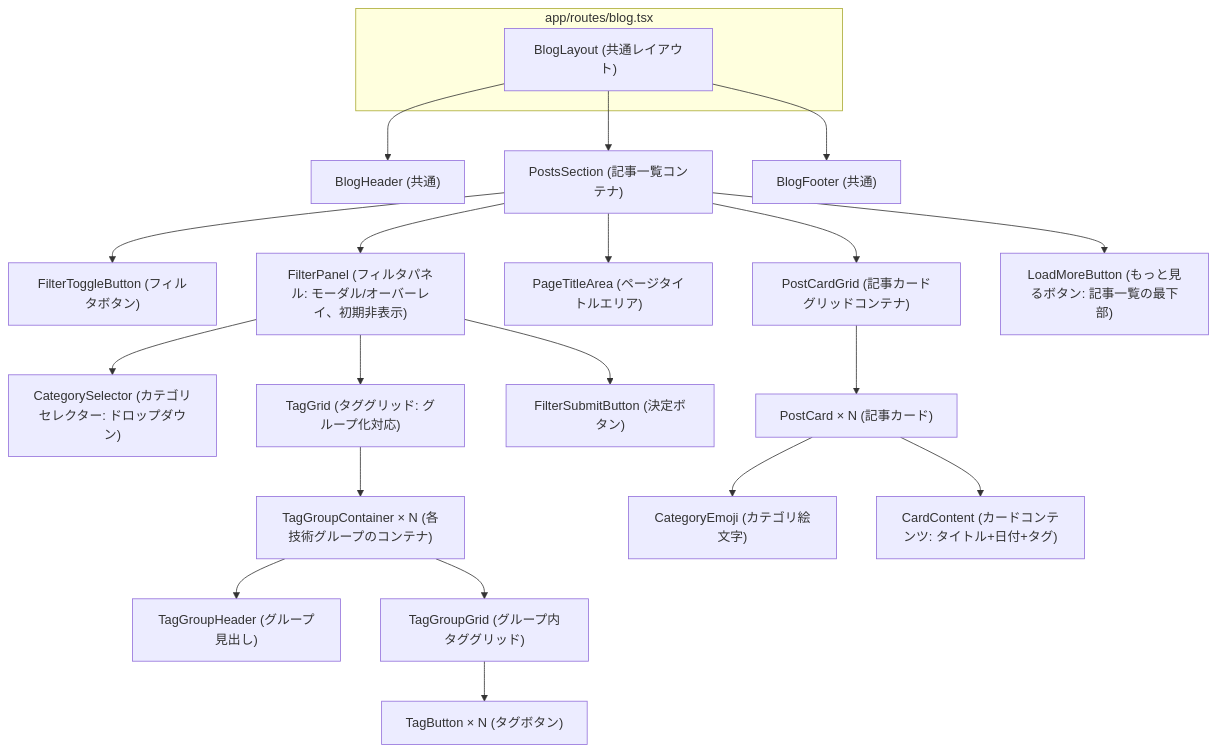
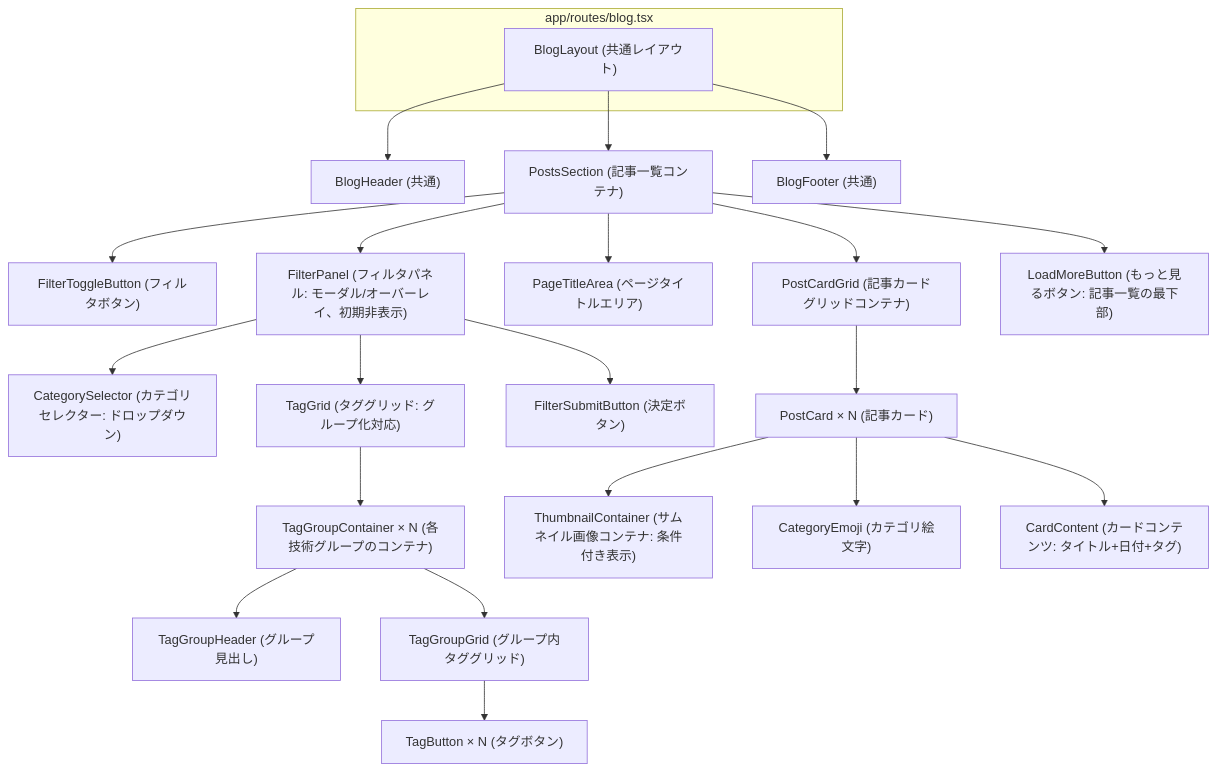
One commit to tezuka-Akihiro/ClaudeMix changed the diagram in develop/blog/posts/uiux-spec.md. Above: the diagram before and after it, drawn with Mermaid. The commit also changed other lines of this file and 27 other files, not shown here.

````diff
--- a/develop/blog/posts/uiux-spec.md
+++ b/develop/blog/posts/uiux-spec.md
@@ -85,30 +85,31 @@
 ```mermaid
 graph TD
     subgraph Page["app/routes/blog.tsx"]
         A["BlogLayout (共通レイアウト)"]
     end
 
     A --> B["BlogHeader (共通)"]
     A --> C["PostsSection (記事一覧コンテナ)"]
     A --> D["BlogFooter (共通)"]
 
     C --> E["FilterToggleButton (フィルタボタン)"]
     C --> F["FilterPanel (フィルタパネル: モーダル/オーバーレイ、初期非表示)"]
     C --> G["PageTitleArea (ページタイトルエリア)"]
     C --> H["PostCardGrid (記事カードグリッドコンテナ)"]
     C --> IX["LoadMoreButton (もっと見るボタン: 記事一覧の最下部)"]
 
     F --> J["CategorySelector (カテゴリセレクター: ドロップダウン)"]
     F --> K["TagGrid (タググリッド: グループ化対応)"]
     F --> L["FilterSubmitButton (決定ボタン)"]
 
     K --> K1["TagGroupContainer × N (各技術グループのコンテナ)"]
     K1 --> K2["TagGroupHeader (グループ見出し)"]
     K1 --> K3["TagGroupGrid (グループ内タググリッド)"]
     K3 --> K4["TagButton × N (タグボタン)"]
 
     H --> M["PostCard × N (記事カード)"]
 
+    M --> MThumb["ThumbnailContainer (サムネイル画像コンテナ: 条件付き表示)"]
     M --> N["CategoryEmoji (カテゴリ絵文字)"]
     M --> O["CardContent (カードコンテンツ: タイトル+日付+タグ)"]
 ```
````
